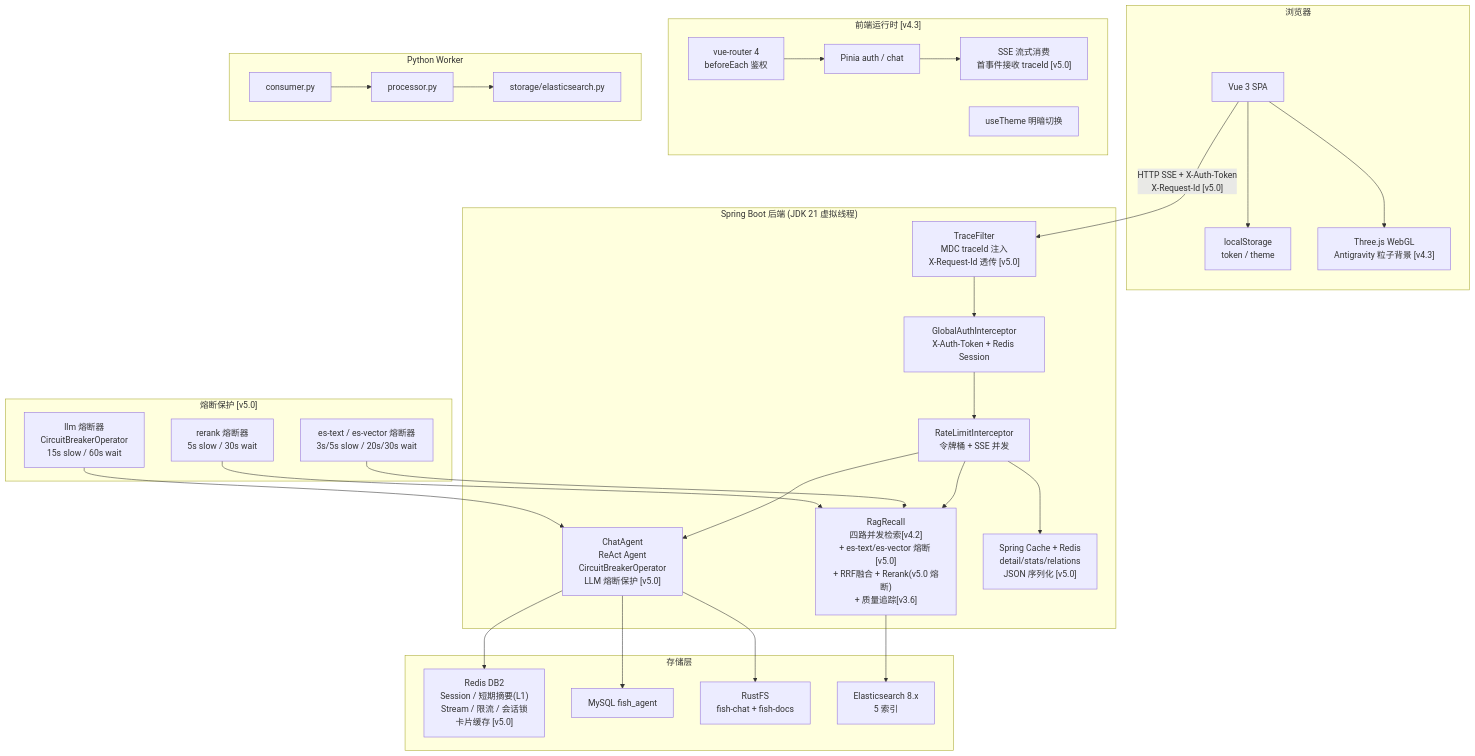
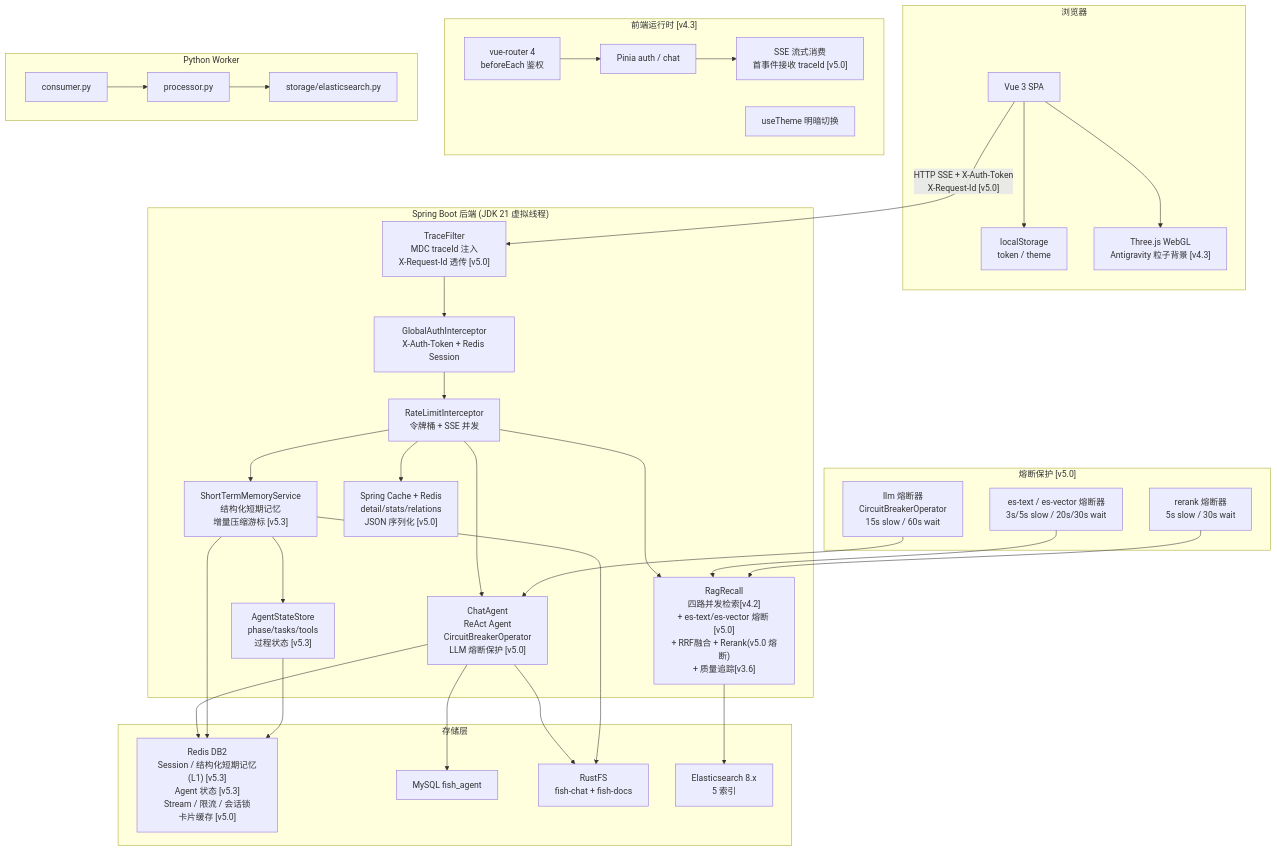
The first of 5 diagrams in document/v5/v5-全景文档-20260608.md (Yuyu123fish/Fish-Agent), drawn with Mermaid before and after one commit. The commit also changed other lines of this file and 45 other files, not shown here.

````diff
--- a/document/v5/v5-全景文档-20260608.md
+++ b/document/v5/v5-全景文档-20260608.md
@@ -47,57 +50,62 @@
 ```mermaid
 flowchart TB
     subgraph Browser["浏览器"]
         SPA["Vue 3 SPA"]
         LS["localStorage<br/>token / theme"]
         Particles["Three.js WebGL<br/>Antigravity 粒子背景 [v4.3]"]
         SPA --> LS
         SPA --> Particles
     end
 
     subgraph FE_Runtime["前端运行时 [v4.3]"]
         Router["vue-router 4<br/>beforeEach 鉴权"]
         Pinia["Pinia auth / chat"]
         Theme["useTheme 明暗切换"]
         SSE["SSE 流式消费<br/>首事件接收 traceId [v5.0]"]
         Router --> Pinia
         Pinia --> SSE
     end
 
     subgraph BE["Spring Boot 后端 (JDK 21 虚拟线程)"]
         TraceF["TraceFilter<br/>MDC traceId 注入<br/>X-Request-Id 透传 [v5.0]"]
         AuthInt["GlobalAuthInterceptor<br/>X-Auth-Token + Redis Session"]
         RateLim["RateLimitInterceptor<br/>令牌桶 + SSE 并发"]
         Agent["ChatAgent<br/>ReAct Agent<br/>CircuitBreakerOperator<br/>LLM 熔断保护 [v5.0]"]
+        STM["ShortTermMemoryService<br/>结构化短期记忆<br/>增量压缩游标 [v5.3]"]
+        AST["AgentStateStore<br/>phase/tasks/tools<br/>过程状态 [v5.3]"]
         RAG["RagRecall<br/>四路并发检索[v4.2]<br/>+ es-text/es-vector 熔断 [v5.0]<br/>+ RRF融合 + Rerank(v5.0 熔断)<br/>+ 质量追踪[v3.6]"]
         Cache["Spring Cache + Redis<br/>detail/stats/relations<br/>JSON 序列化 [v5.0]"]
         TraceF --> AuthInt --> RateLim --> Agent & RAG
+        RateLim --> STM --> AST
         RateLim --> Cache
     end
 
     subgraph Resilience["熔断保护 [v5.0]"]
         CB_LLM["llm 熔断器<br/>CircuitBreakerOperator<br/>15s slow / 60s wait"]
         CB_ES["es-text / es-vector 熔断器<br/>3s/5s slow / 20s/30s wait"]
         CB_RERANK["rerank 熔断器<br/>5s slow / 30s wait"]
         CB_LLM --> Agent
         CB_ES --> RAG
         CB_RERANK --> RAG
     end
 
     subgraph Storage["存储层"]
-        Redis["Redis DB2<br/>Session / 短期摘要(L1)<br/>Stream / 限流 / 会话锁<br/>卡片缓存 [v5.0]"]
+        Redis["Redis DB2<br/>Session / 结构化短期记忆(L1) [v5.3]<br/>Agent 状态 [v5.3]<br/>Stream / 限流 / 会话锁<br/>卡片缓存 [v5.0]"]
         MySQL["MySQL fish_agent"]
         RustFS["RustFS<br/>fish-chat + fish-docs"]
         ES["Elasticsearch 8.x<br/>5 索引"]
     end
 
     subgraph PythonWorker["Python Worker"]
         Consumer["consumer.py"]
         Processor["processor.py"]
         ESWriter["storage/elasticsearch.py"]
         Consumer --> Processor --> ESWriter
     end
 
     SPA -->|"HTTP SSE + X-Auth-Token<br/>X-Request-Id [v5.0]"| TraceF
     RAG --> ES
     Agent --> Redis & RustFS & MySQL
+    STM --> Redis & RustFS
+    AST --> Redis
 ```
````
